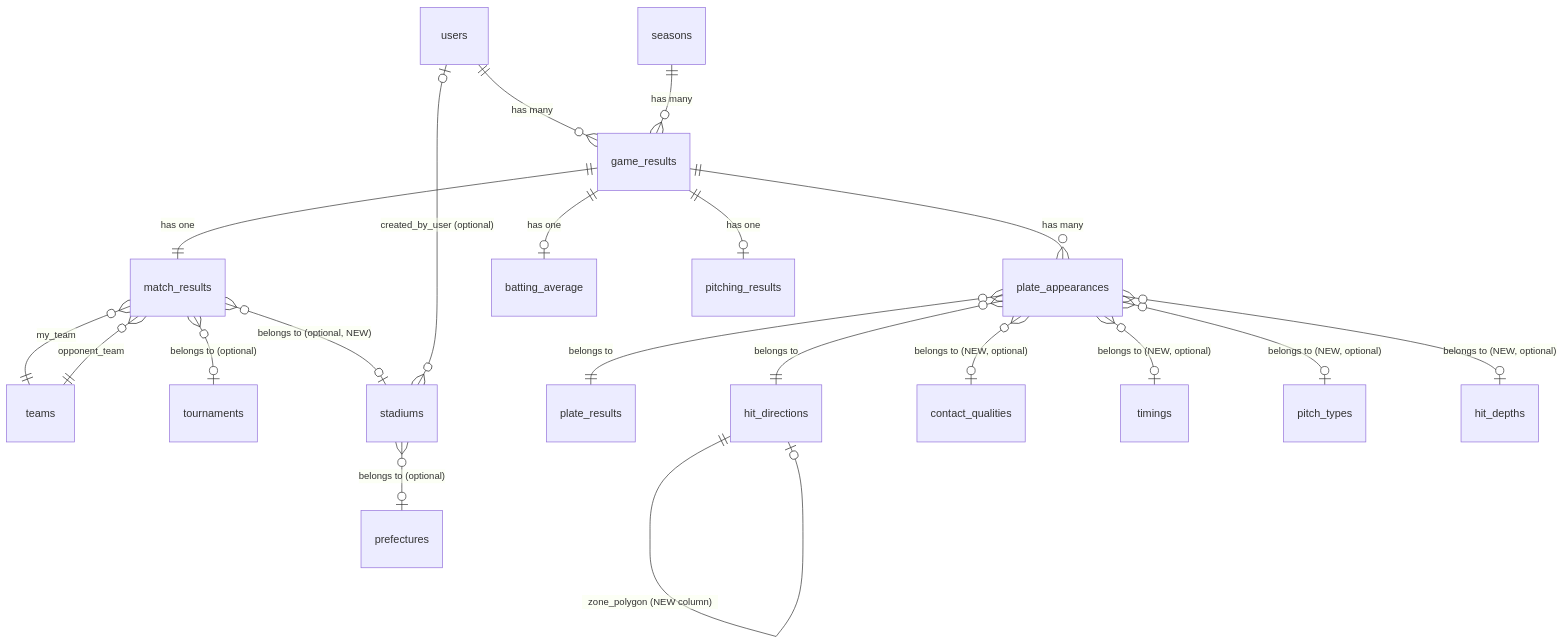
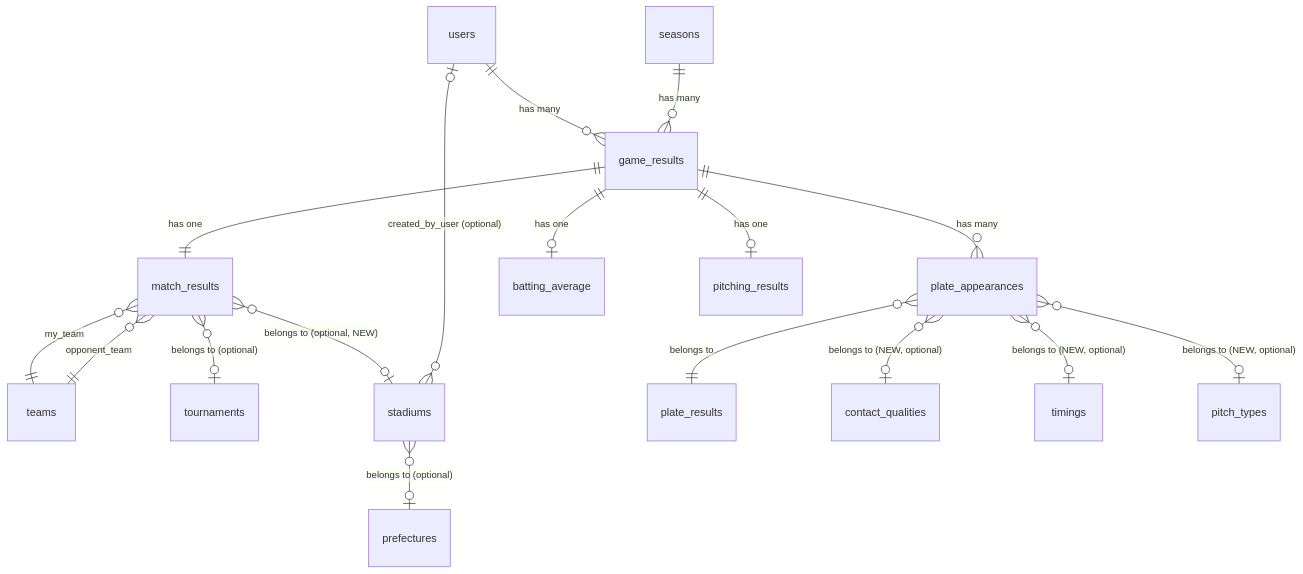
Before and after one commit to ippei-shimizu/buzzbase: the diagram in docs/strategy/product/game-record-update-design/01-data-model.md, drawn with Mermaid. The commit also changed other lines of this file and 4 other files, not shown here.

First line of the commit message:
Docs: 試合記録 design doc から hit_depths/zone_polygon/A-3/A-4 関連の記述を撤廃

````diff
--- a/docs/strategy/product/game-record-update-design/01-data-model.md
+++ b/docs/strategy/product/game-record-update-design/01-data-model.md
@@ -10,26 +10,22 @@
 ```mermaid
 erDiagram
     users ||--o{ game_results : "has many"
     seasons ||--o{ game_results : "has many"
     game_results ||--|| match_results : "has one"
     game_results ||--o{ plate_appearances : "has many"
     game_results ||--o| batting_average : "has one"
     game_results ||--o| pitching_results : "has one"
 
     match_results }o--|| teams : "my_team"
     match_results }o--|| teams : "opponent_team"
     match_results }o--o| tournaments : "belongs to (optional)"
     match_results }o--o| stadiums : "belongs to (optional, NEW)"
 
     plate_appearances }o--|| plate_results : "belongs to"
-    plate_appearances }o--|| hit_directions : "belongs to"
     plate_appearances }o--o| contact_qualities : "belongs to (NEW, optional)"
     plate_appearances }o--o| timings : "belongs to (NEW, optional)"
     plate_appearances }o--o| pitch_types : "belongs to (NEW, optional)"
-    plate_appearances }o--o| hit_depths : "belongs to (NEW, optional)"
 
     stadiums }o--o| prefectures : "belongs to (optional)"
     stadiums }o--o| users : "created_by_user (optional)"
-
-    hit_directions ||--o| hit_directions : "zone_polygon (NEW column)"
 ```
````
